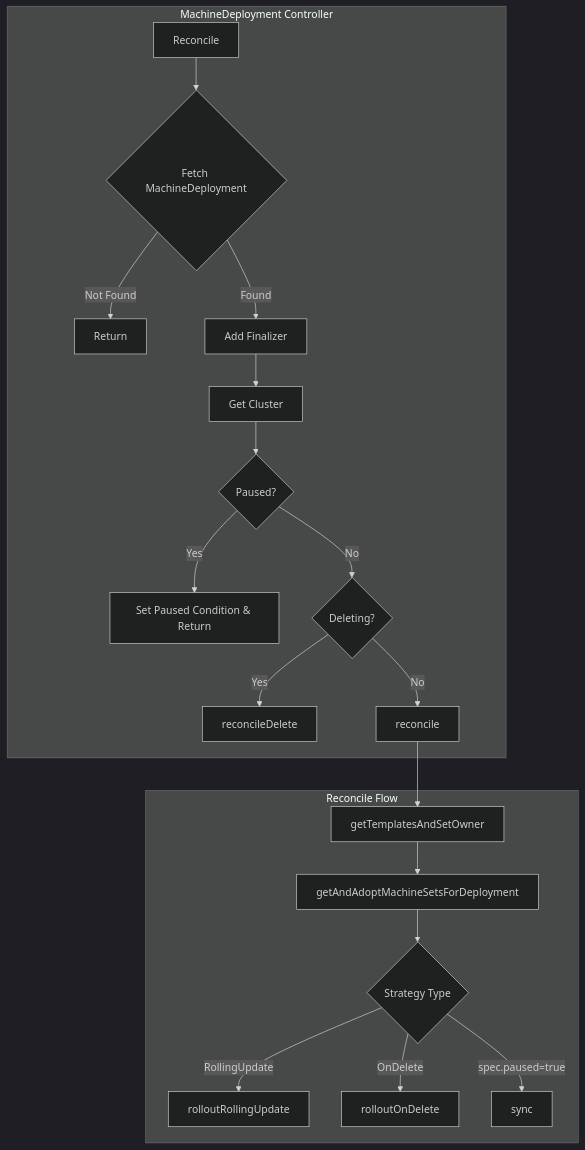
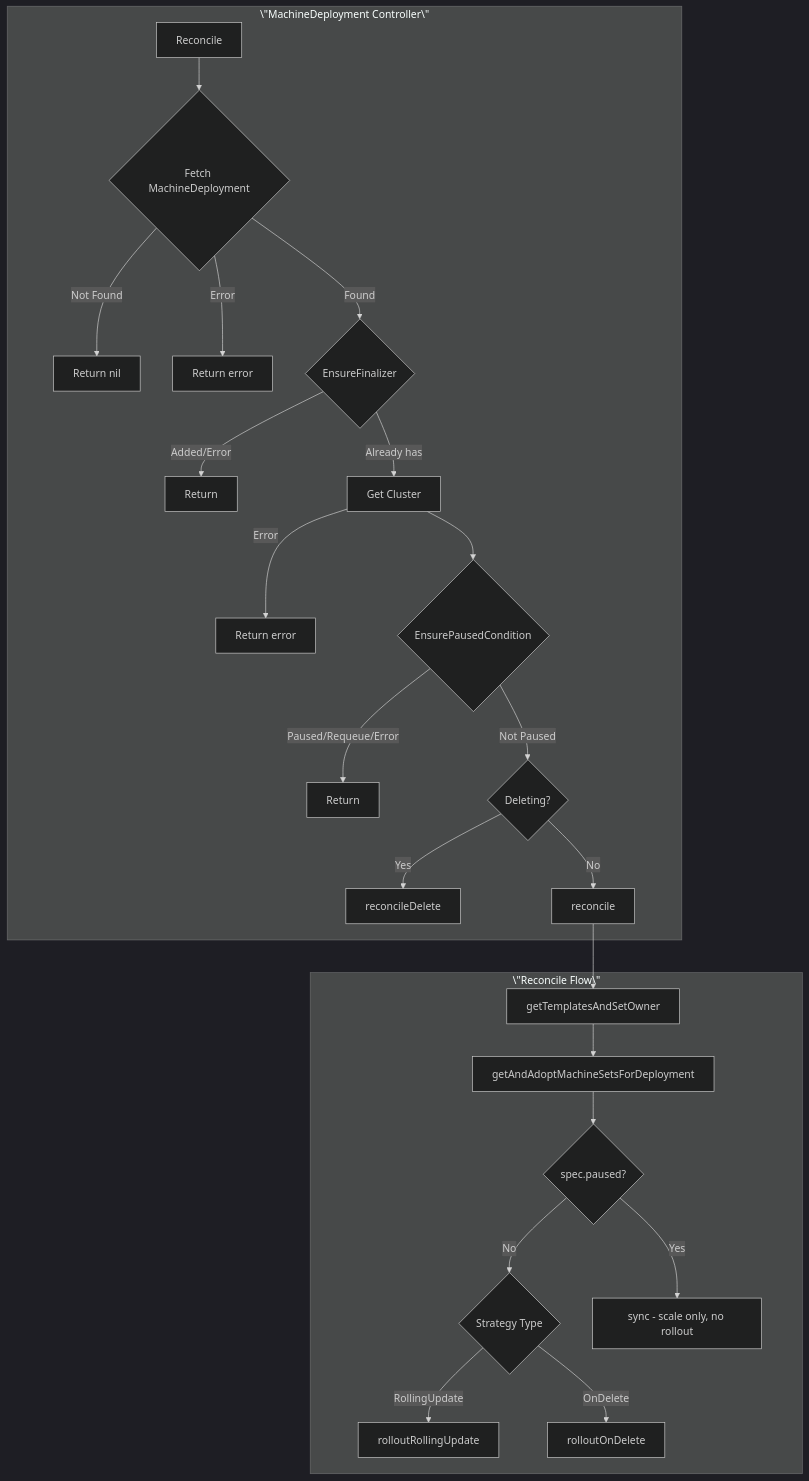
One commit to seanyen/cluster-api changed the first of 7 diagrams in ai-gen/internal/controllers/machinedeployment_controller.md. Above: the diagram before and after it, drawn with Mermaid (dark theme). The commit also changed 8 other files, not shown here.

````diff
--- a/ai-gen/internal/controllers/machinedeployment_controller.md
+++ b/ai-gen/internal/controllers/machinedeployment_controller.md
@@ -7,28 +7,33 @@
 ```mermaid
 flowchart TB
-    subgraph "MachineDeployment Controller"
+    subgraph \"MachineDeployment Controller\"
         R[Reconcile] --> F{Fetch MachineDeployment}
-        F -->|Not Found| End[Return]
-        F -->|Found| Fin[Add Finalizer]
-        Fin --> GC[Get Cluster]
-        GC --> P{Paused?}
-        P -->|Yes| PC[Set Paused Condition & Return]
-        P -->|No| D{Deleting?}
+        F -->|Not Found| End[Return nil]
+        F -->|Error| Err[Return error]
+        F -->|Found| Fin{EnsureFinalizer}
+        Fin -->|Added/Error| FinRet[Return]
+        Fin -->|Already has| GC[Get Cluster]
+        GC -->|Error| GCE[Return error]
+        GC --> P{EnsurePausedCondition}
+        P -->|Paused/Requeue/Error| PC[Return]
+        P -->|Not Paused| D{Deleting?}
         D -->|Yes| RD[reconcileDelete]
         D -->|No| RN[reconcile]
     end
     
-    subgraph "Reconcile Flow"
+    subgraph \"Reconcile Flow\"
         GT[getTemplatesAndSetOwner]
         GA[getAndAdoptMachineSetsForDeployment]
+        PP{spec.paused?}
         ST{Strategy Type}
         RU[rolloutRollingUpdate]
         OD[rolloutOnDelete]
-        SY[sync]
+        SY[sync - scale only, no rollout]
     end
     
-    RN --> GT --> GA --> ST
+    RN --> GT --> GA --> PP
+    PP -->|Yes| SY
+    PP -->|No| ST
     ST -->|RollingUpdate| RU
     ST -->|OnDelete| OD
-    ST -->|spec.paused=true| SY
 ```
````
